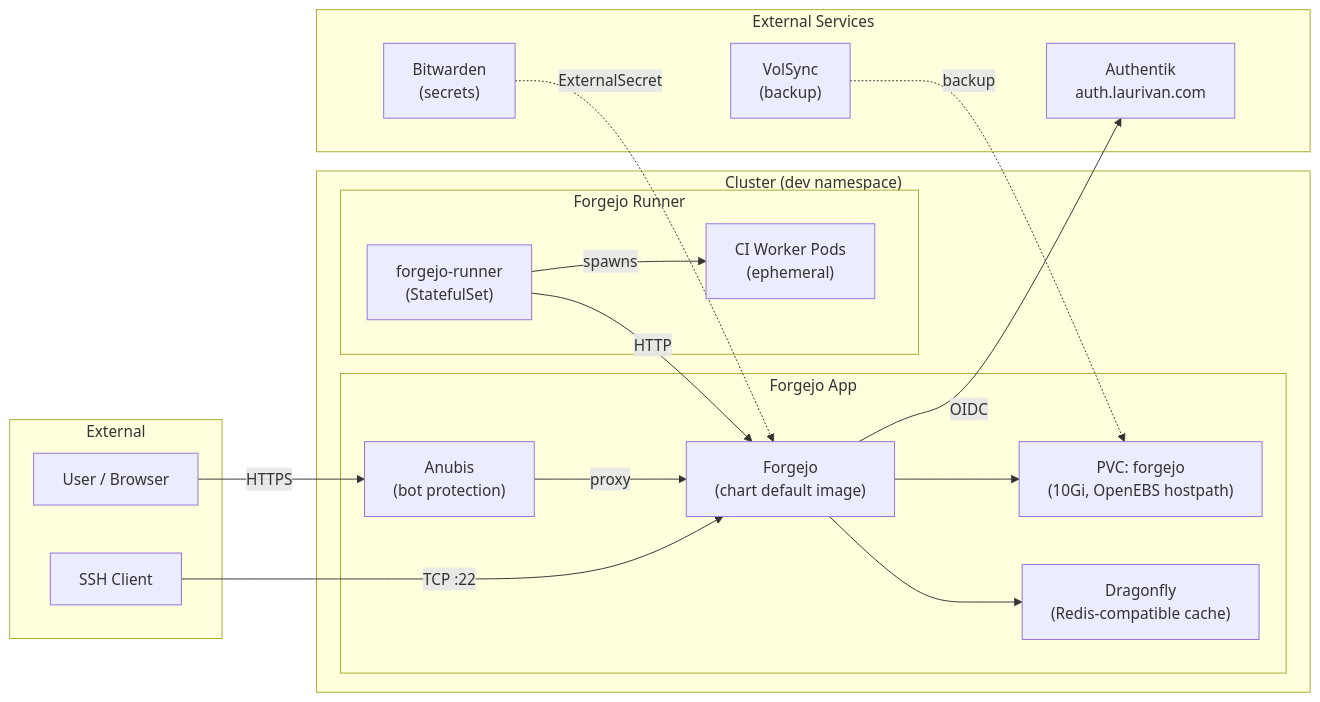
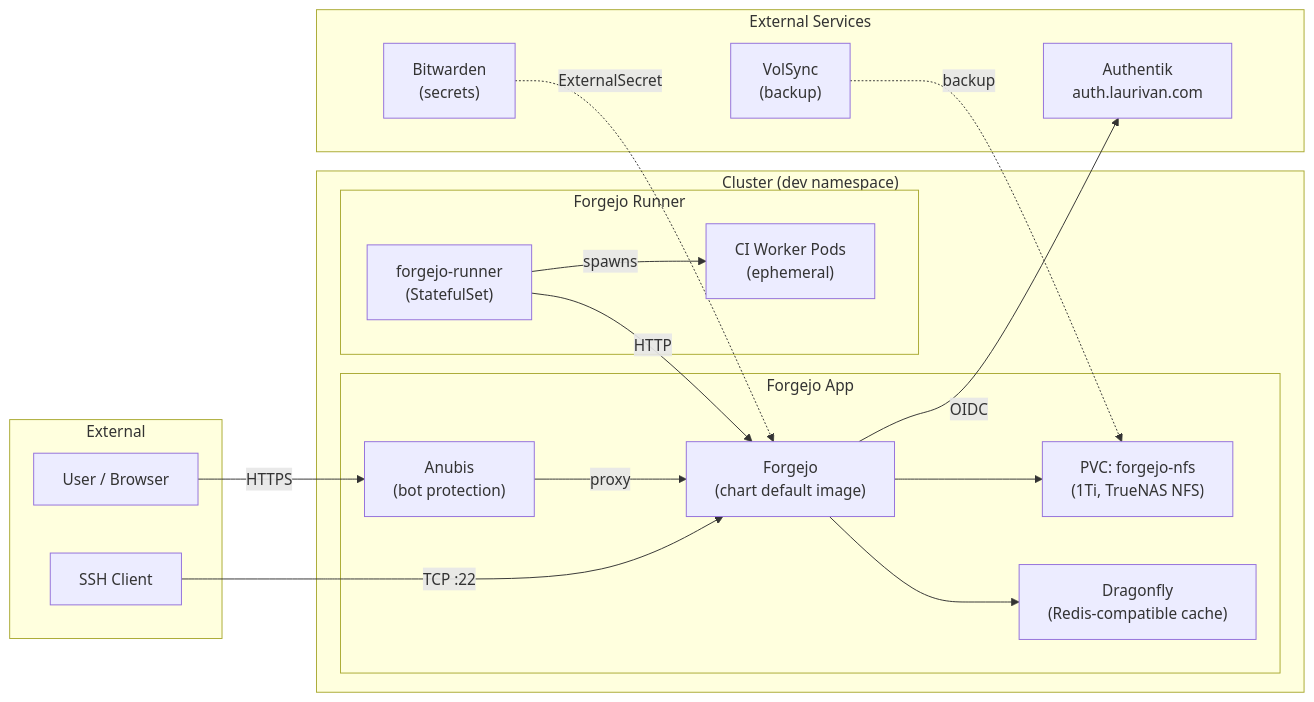
Before and after one commit to equinoxel/home-ops: the diagram in kubernetes/apps/development/forgejo/README.md, drawn with Mermaid. The commit also changed other lines of this file and 4 other files, not shown here.

Commit message:
feat(forgejo): migrate storage to TrueNAS NFS share (forgejo-nfs)

````diff
--- a/kubernetes/apps/development/forgejo/README.md
+++ b/kubernetes/apps/development/forgejo/README.md
@@ -7,37 +7,37 @@
 ```mermaid
 graph LR
     subgraph External
         User[User / Browser]
         SSH[SSH Client]
     end
 
     subgraph "Cluster (dev namespace)"
         subgraph "Forgejo App"
             Anubis["Anubis<br/>(bot protection)"]
             Forgejo["Forgejo<br/>(chart default image)"]
             Dragonfly["Dragonfly<br/>(Redis-compatible cache)"]
-            PVC["PVC: forgejo<br/>(10Gi, OpenEBS hostpath)"]
+            PVC["PVC: forgejo-nfs<br/>(1Ti, TrueNAS NFS)"]
         end
 
         subgraph "Forgejo Runner"
             Runner["forgejo-runner<br/>(StatefulSet)"]
             WorkerPods["CI Worker Pods<br/>(ephemeral)"]
         end
     end
 
     subgraph "External Services"
         Authentik["Authentik<br/>auth.laurivan.com"]
         Bitwarden["Bitwarden<br/>(secrets)"]
         VolSync["VolSync<br/>(backup)"]
     end
 
     User -->|HTTPS| Anubis -->|proxy| Forgejo
     SSH -->|TCP :22| Forgejo
     Forgejo --> Dragonfly
     Forgejo --> PVC
     Forgejo -->|OIDC| Authentik
     Runner -->|HTTP| Forgejo
     Runner -->|spawns| WorkerPods
     Bitwarden -.->|ExternalSecret| Forgejo
     VolSync -.->|backup| PVC
 ```
````
